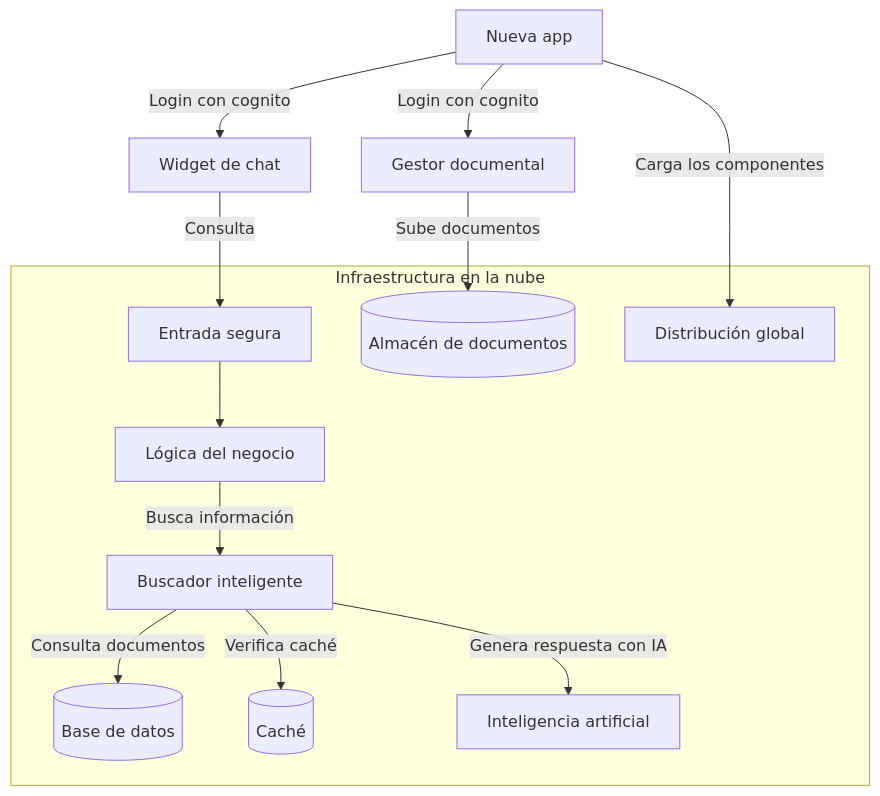
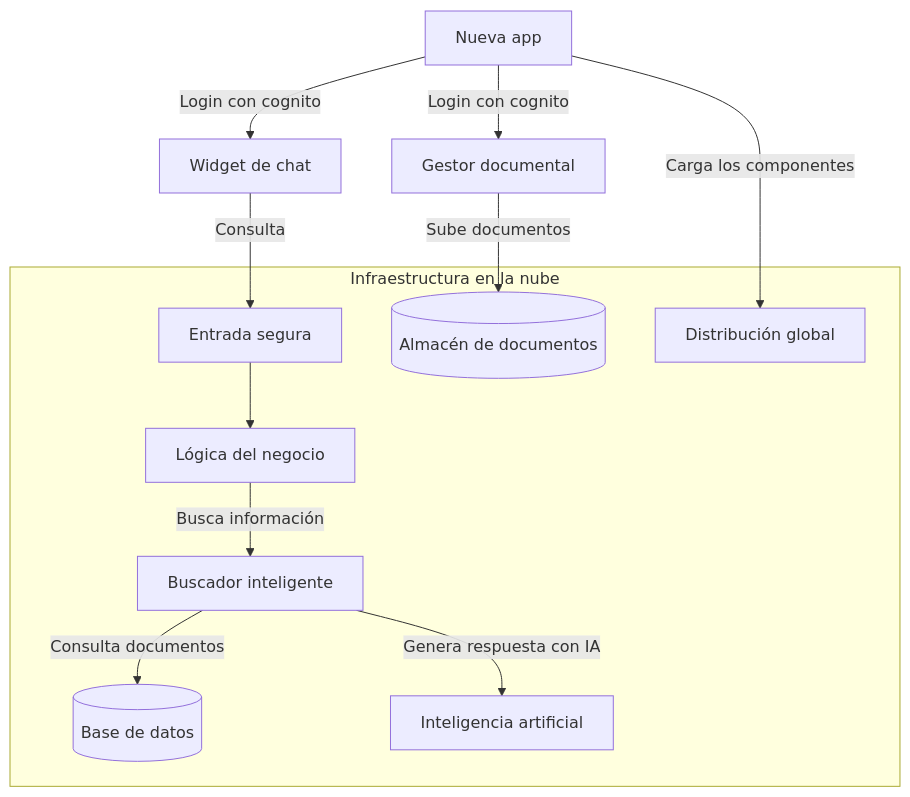
Before and after one commit to johnruedal96/capillas: the second of 4 diagrams in docs/propuesta_tecnologica_final.md, drawn with Mermaid. The commit also changed other lines of this file, not shown here.

````diff
--- a/docs/propuesta_tecnologica_final.md
+++ b/docs/propuesta_tecnologica_final.md
@@ -95,28 +92,26 @@
 ```mermaid
 graph TB
     subgraph AWS["Infraestructura en la nube"]
         GW[Entrada segura]
         BFF[Lógica del negocio]
         RAG[Buscador inteligente]
         AURORA[(Base de datos)]
-        REDIS[(Caché)]
         BEDROCK[Inteligencia artificial]
         S3[(Almacén de documentos)]
         CF[Distribución global]
     end
 
     WIDGET[Widget de chat]
     GESTOR[Gestor documental]
     APP[Nueva app]
 
     APP -->|Carga los componentes| CF
     APP -->|Login con cognito| WIDGET
     APP -->|Login con cognito| GESTOR
     WIDGET -->|Consulta| GW
     GESTOR -->|Sube documentos| S3
     GW --> BFF
     BFF -->|Busca información| RAG
     RAG -->|Consulta documentos| AURORA
-    RAG -->|Verifica caché| REDIS
     RAG -->|Genera respuesta con IA| BEDROCK
 ```
````
